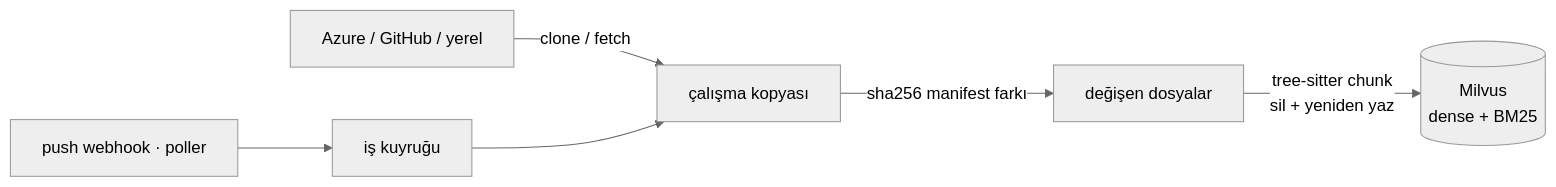
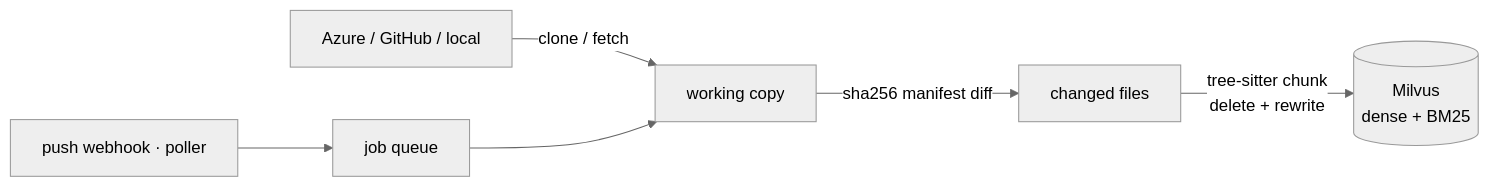
One commit to fport/milvus-rag changed the first of 2 diagrams in README.md. Above: the diagram before and after it, drawn with Mermaid (neutral theme). The commit also changed other lines of this file and 5 other files, not shown here.

````diff
--- a/README.md
+++ b/README.md
@@ -27,7 +31,7 @@
 ```mermaid
 flowchart LR
-    KAYNAK["Azure / GitHub / yerel"] -->|"clone / fetch"| KOPYA["çalışma kopyası"]
-    HOOK["push webhook · poller"] --> KUYRUK["iş kuyruğu"] --> KOPYA
-    KOPYA -->|"sha256 manifest farkı"| FARK["değişen dosyalar"]
-    FARK -->|"tree-sitter chunk<br>sil + yeniden yaz"| MILVUS[("Milvus<br>dense + BM25")]
+    SOURCE["Azure / GitHub / local"] -->|"clone / fetch"| WORKING["working copy"]
+    HOOK["push webhook · poller"] --> QUEUE["job queue"] --> WORKING
+    WORKING -->|"sha256 manifest diff"| CHANGED["changed files"]
+    CHANGED -->|"tree-sitter chunk<br>delete + rewrite"| MILVUS[("Milvus<br>dense + BM25")]
 ```
````
